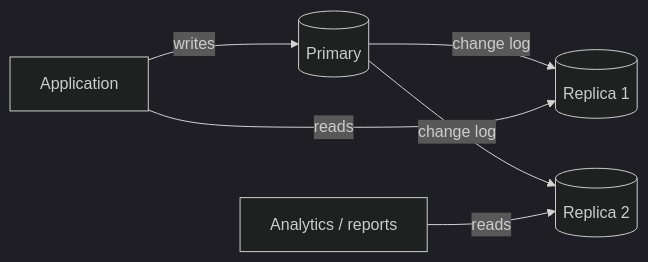
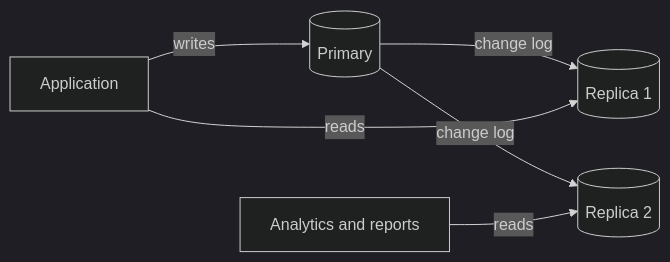
The first of 2 diagrams in src/sql/lessons/34-sharding.md (alvinnew100/grand-line-study-guide), drawn with Mermaid (dark theme) before and after one commit. The commit also changed other lines of this file and 60 other files, not shown here.

````diff
--- a/src/sql/lessons/34-sharding.md
+++ b/src/sql/lessons/34-sharding.md
@@ -16,8 +34,8 @@
 ```mermaid
 flowchart LR
     App[Application] -->|writes| P[(Primary)]
     P -->|change log| R1[(Replica 1)]
     P -->|change log| R2[(Replica 2)]
     App -->|reads| R1
-    BI[Analytics / reports] -->|reads| R2
+    BI[Analytics and reports] -->|reads| R2
 ```
````
